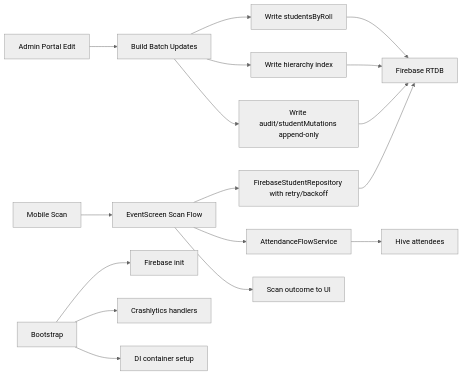
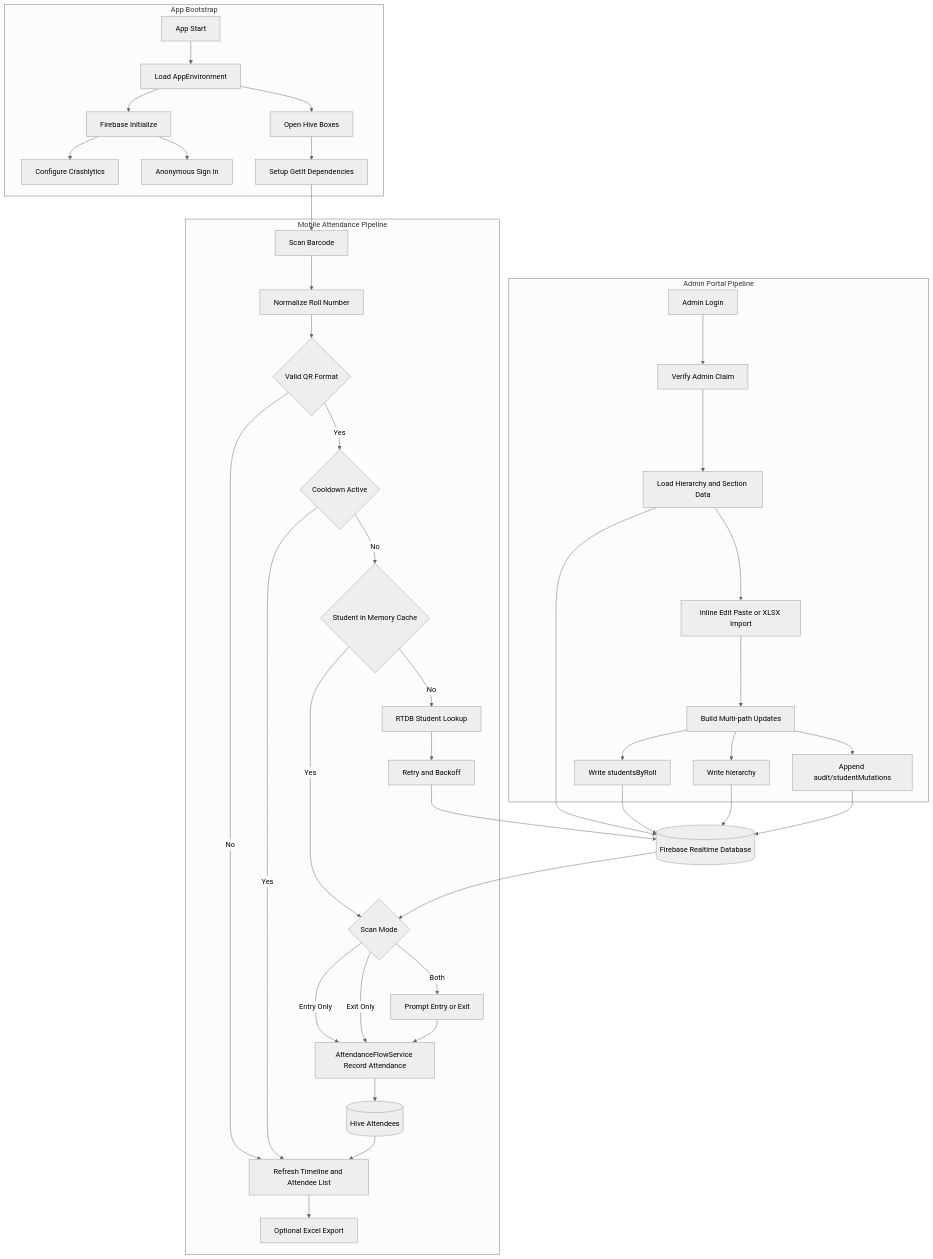
Before and after one commit to vijayakanth06/qr_scanner: the diagram in docs/diagrams/orchestration-diagram-pipeline.mmd, drawn with Mermaid (neutral theme). The commit also changed 3 other files, not shown here.

```diff
--- a/docs/diagrams/orchestration-diagram-pipeline.mmd
+++ b/docs/diagrams/orchestration-diagram-pipeline.mmd
@@ -1,19 +1,78 @@
-flowchart LR
-    A[Admin Portal Edit] --> B[Build Batch Updates]
-    B --> C[Write studentsByRoll]
-    B --> D[Write hierarchy index]
-    B --> E[Write audit/studentMutations append-only]
-    C --> F[Firebase RTDB]
-    D --> F
-    E --> F
+flowchart TB
+    subgraph Startup["App Bootstrap"]
+        Start[App Start]
+        Env[Load AppEnvironment]
+        FirebaseInit[Firebase Initialize]
+        Crash[Configure Crashlytics]
+        AnonymousAuth[Anonymous Sign In]
+        HiveInit[Open Hive Boxes]
+        DI[Setup GetIt Dependencies]
+    end
 
-    G[Mobile Scan] --> H[EventScreen Scan Flow]
-    H --> I[AttendanceFlowService]
-    I --> J[Hive attendees]
-    H --> K[FirebaseStudentRepository with retry/backoff]
-    K --> F
-    H --> L[Scan outcome to UI]
+    subgraph MobileFlow["Mobile Attendance Pipeline"]
+        Scan[Scan Barcode]
+        Normalize[Normalize Roll Number]
+        Valid{Valid QR Format}
+        Cooldown{Cooldown Active}
+        Memory{Student in Memory Cache}
+        Remote[RTDB Student Lookup]
+        Retry[Retry and Backoff]
+        Action{Scan Mode}
+        Prompt[Prompt Entry or Exit]
+        Record[AttendanceFlowService Record Attendance]
+        Local[(Hive Attendees)]
+        UI[Refresh Timeline and Attendee List]
+        Export[Optional Excel Export]
+    end
 
-    M[Bootstrap] --> N[Firebase init]
-    M --> O[Crashlytics handlers]
-    M --> P[DI container setup]
+    subgraph AdminFlow["Admin Portal Pipeline"]
+        AdminLogin[Admin Login]
+        Verify[Verify Admin Claim]
+        Load[Load Hierarchy and Section Data]
+        Edit[Inline Edit Paste or XLSX Import]
+        Build[Build Multi-path Updates]
+        Students[Write studentsByRoll]
+        Hierarchy[Write hierarchy]
+        Audit[Append audit/studentMutations]
+    end
+
+    RTDB[(Firebase Realtime Database)]
+
+    Start --> Env
+    Env --> FirebaseInit
+    FirebaseInit --> Crash
+    FirebaseInit --> AnonymousAuth
+    Env --> HiveInit
+    HiveInit --> DI
+
+    DI --> Scan
+    Scan --> Normalize
+    Normalize --> Valid
+    Valid -- No --> UI
+    Valid -- Yes --> Cooldown
+    Cooldown -- Yes --> UI
+    Cooldown -- No --> Memory
+    Memory -- Yes --> Action
+    Memory -- No --> Remote
+    Remote --> Retry
+    Retry --> RTDB
+    RTDB --> Action
+    Action -- Entry Only --> Record
+    Action -- Exit Only --> Record
+    Action -- Both --> Prompt
+    Prompt --> Record
+    Record --> Local
+    Local --> UI
+    UI --> Export
+
+    AdminLogin --> Verify
+    Verify --> Load
+    Load --> RTDB
+    Load --> Edit
+    Edit --> Build
+    Build --> Students
+    Build --> Hierarchy
+    Build --> Audit
+    Students --> RTDB
+    Hierarchy --> RTDB
+    Audit --> RTDB
```
